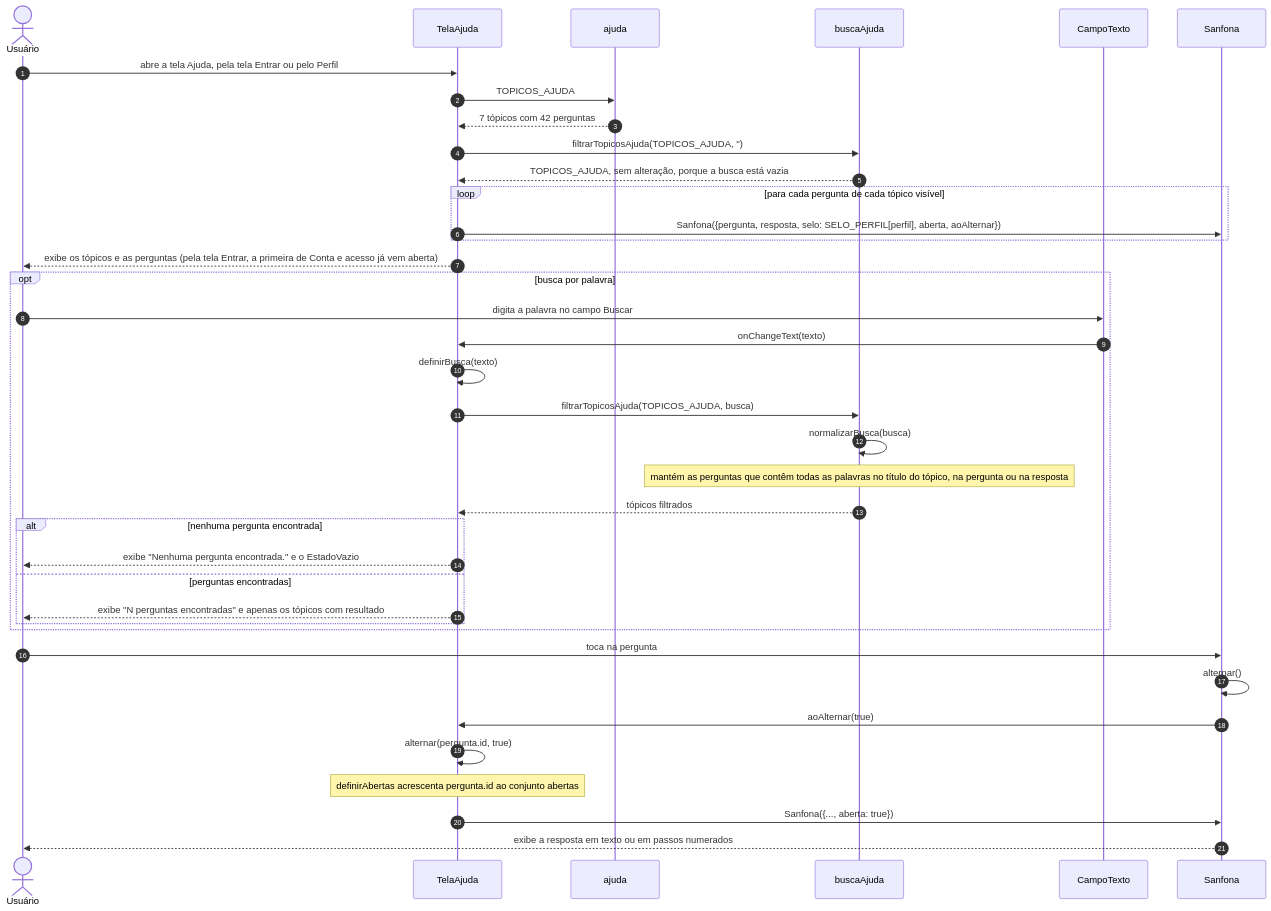
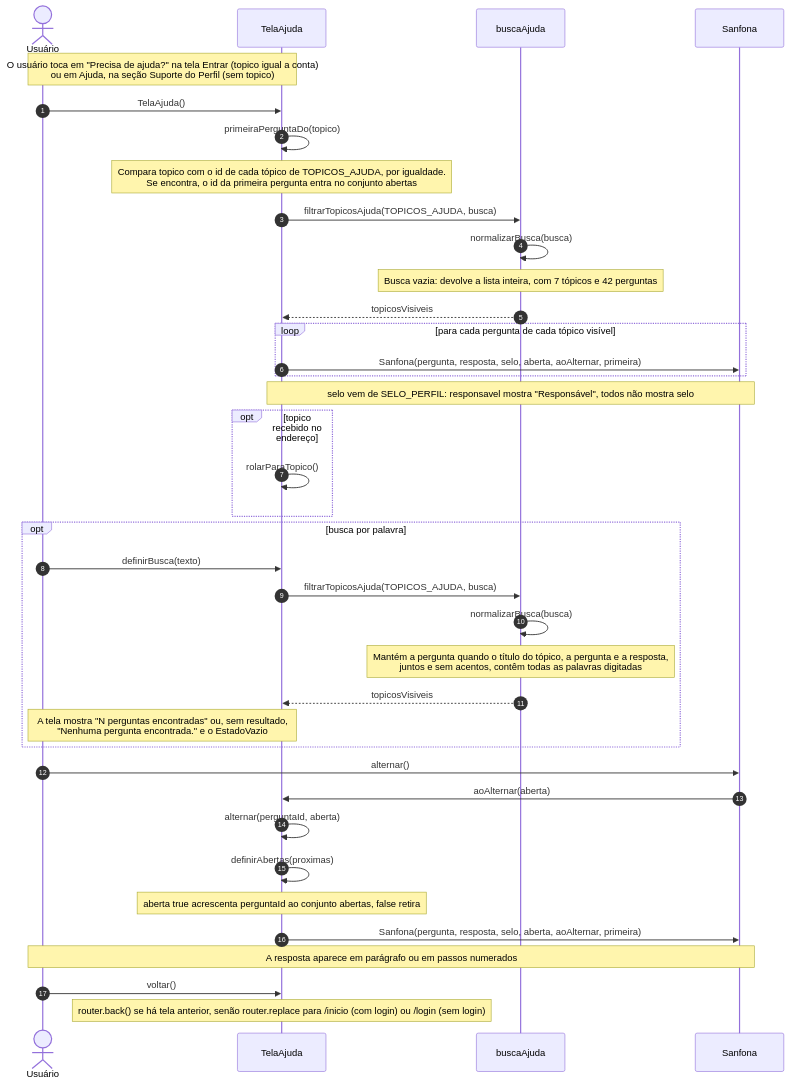
The first of 2 diagrams in 4 - Incremento3/manual-de-utilizacao/6 - diagramas-sequencia-manual-de-utilizacao.md (Conecta-IFSP/DOCUMENTATION), drawn with Mermaid before and after one commit. The commit also changed other lines of this file and 3 other files, not shown here.

````diff
--- a/4 - Incremento3/manual-de-utilizacao/6 - diagramas-sequencia-manual-de-utilizacao.md
+++ b/4 - Incremento3/manual-de-utilizacao/6 - diagramas-sequencia-manual-de-utilizacao.md
@@ -21,43 +21,40 @@
 ```mermaid
 sequenceDiagram
     autonumber
     actor U as Usuário
     participant T as TelaAjuda
-    participant D as ajuda
     participant B as buscaAjuda
-    participant C as CampoTexto
     participant S as Sanfona
-
-    U->>T: abre a tela Ajuda, pela tela Entrar ou pelo Perfil
-    T->>D: TOPICOS_AJUDA
-    D-->>T: 7 tópicos com 42 perguntas
-    T->>B: filtrarTopicosAjuda(TOPICOS_AJUDA, '')
-    B-->>T: TOPICOS_AJUDA, sem alteração, porque a busca está vazia
+    Note over U,T: O usuário toca em "Precisa de ajuda?" na tela Entrar (topico igual a conta)<br/>ou em Ajuda, na seção Suporte do Perfil (sem topico)
+    U->>T: TelaAjuda()
+    T->>T: primeiraPerguntaDo(topico)
+    Note over T: Compara topico com o id de cada tópico de TOPICOS_AJUDA, por igualdade.<br/>Se encontra, o id da primeira pergunta entra no conjunto abertas
+    T->>B: filtrarTopicosAjuda(TOPICOS_AJUDA, busca)
+    B->>B: normalizarBusca(busca)
+    Note over B: Busca vazia: devolve a lista inteira, com 7 tópicos e 42 perguntas
+    B-->>T: topicosVisiveis
     loop para cada pergunta de cada tópico visível
-        T->>S: Sanfona({pergunta, resposta, selo: SELO_PERFIL[perfil], aberta, aoAlternar})
+        T->>S: Sanfona(pergunta, resposta, selo, aberta, aoAlternar, primeira)
     end
-    T-->>U: exibe os tópicos e as perguntas (pela tela Entrar, a primeira de Conta e acesso já vem aberta)
-
+    Note over T,S: selo vem de SELO_PERFIL: responsavel mostra "Responsável", todos não mostra selo
+    opt topico recebido no endereço
+        T->>T: rolarParaTopico()
+    end
     opt busca por palavra
-        U->>C: digita a palavra no campo Buscar
-        C->>T: onChangeText(texto)
-        T->>T: definirBusca(texto)
+        U->>T: definirBusca(texto)
         T->>B: filtrarTopicosAjuda(TOPICOS_AJUDA, busca)
         B->>B: normalizarBusca(busca)
-        Note over B: mantém as perguntas que contêm todas as palavras no título do tópico, na pergunta ou na resposta
-        B-->>T: tópicos filtrados
-        alt nenhuma pergunta encontrada
-            T-->>U: exibe "Nenhuma pergunta encontrada." e o EstadoVazio
-        else perguntas encontradas
-            T-->>U: exibe "N perguntas encontradas" e apenas os tópicos com resultado
-        end
+        Note over B: Mantém a pergunta quando o título do tópico, a pergunta e a resposta,<br/>juntos e sem acentos, contêm todas as palavras digitadas
+        B-->>T: topicosVisiveis
+        Note over U,T: A tela mostra "N perguntas encontradas" ou, sem resultado,<br/>"Nenhuma pergunta encontrada." e o EstadoVazio
     end
-
-    U->>S: toca na pergunta
-    S->>S: alternar()
-    S->>T: aoAlternar(true)
-    T->>T: alternar(pergunta.id, true)
-    Note over T: definirAbertas acrescenta pergunta.id ao conjunto abertas
-    T->>S: Sanfona({..., aberta: true})
-    S-->>U: exibe a resposta em texto ou em passos numerados
+    U->>S: alternar()
+    S->>T: aoAlternar(aberta)
+    T->>T: alternar(perguntaId, aberta)
+    T->>T: definirAbertas(proximas)
+    Note over T: aberta true acrescenta perguntaId ao conjunto abertas, false retira
+    T->>S: Sanfona(pergunta, resposta, selo, aberta, aoAlternar, primeira)
+    Note over U,S: A resposta aparece em parágrafo ou em passos numerados
+    U->>T: voltar()
+    Note over T: router.back() se há tela anterior, senão router.replace para /inicio (com login) ou /login (sem login)
 ```
````
